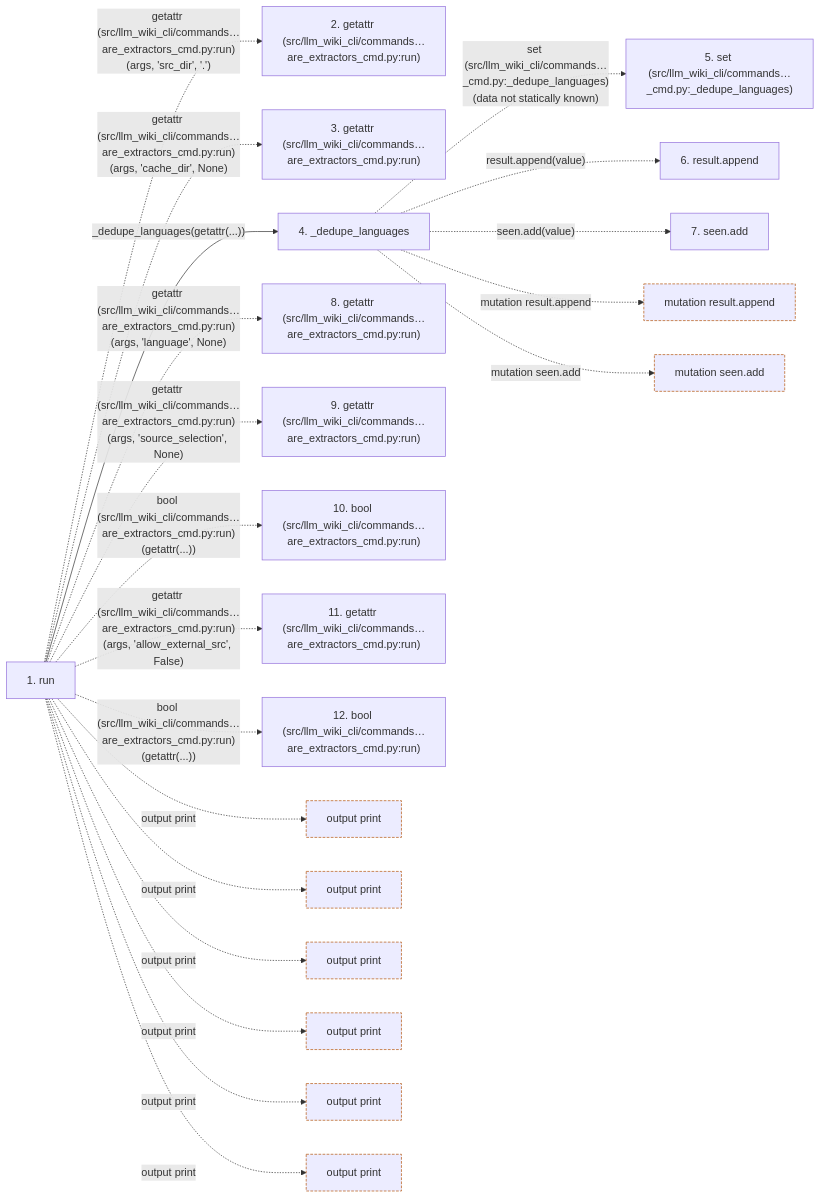
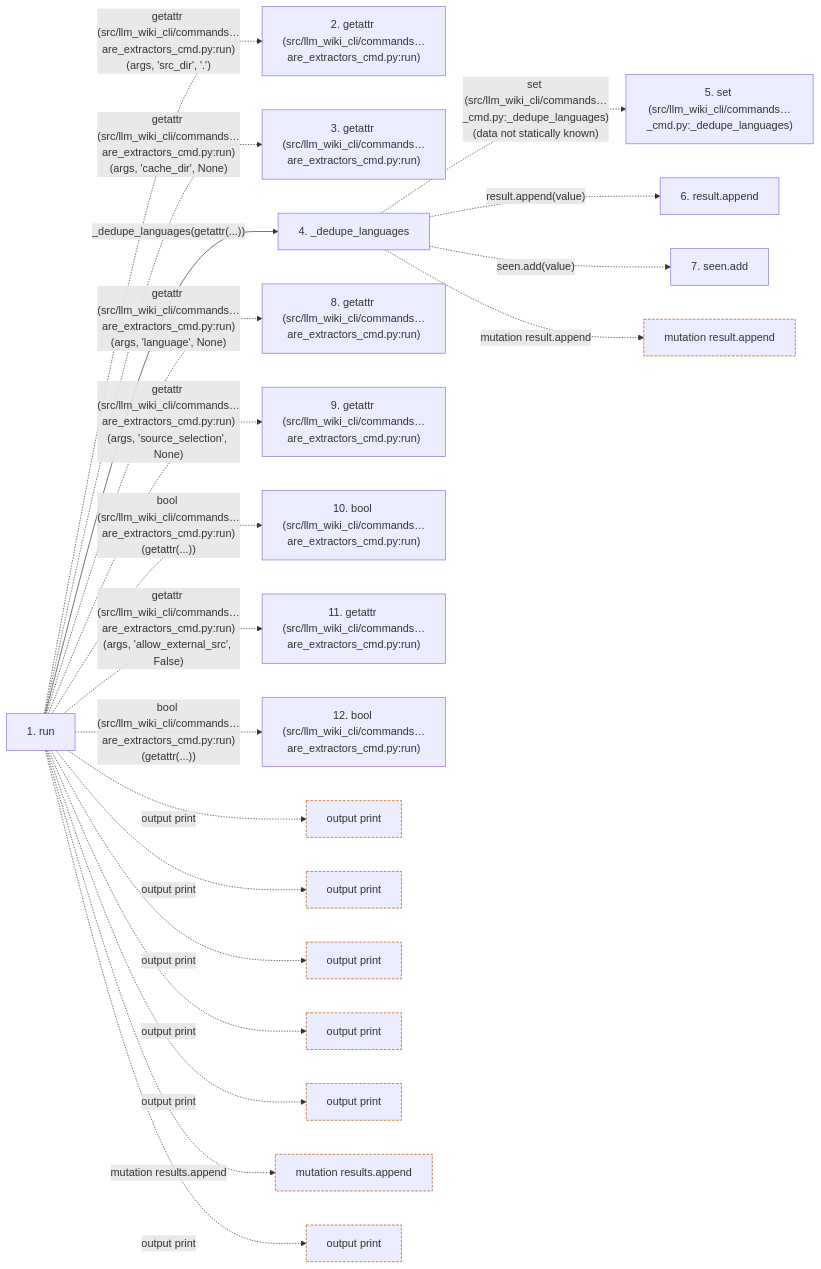
The second of 2 diagrams in docs/llm_wiki/flows/cli-prepare-extractors.md (Denissvgn/python-wiki-llm), drawn with Mermaid before and after one commit. The commit also changed other lines of this file and 509 other files, not shown here.

````diff
--- a/docs/llm_wiki/flows/cli-prepare-extractors.md
+++ b/docs/llm_wiki/flows/cli-prepare-extractors.md
@@ -83,53 +84,53 @@
 ```mermaid
 flowchart LR
     s1["1. run"]
     s2["2. getattr (src/llm_wiki_cli/commands…are_extractors_cmd.py:run)"]
     s3["3. getattr (src/llm_wiki_cli/commands…are_extractors_cmd.py:run)"]
     s4["4. _dedupe_languages"]
     s5["5. set (src/llm_wiki_cli/commands…_cmd.py:_dedupe_languages)"]
     s6["6. result.append"]
     s7["7. seen.add"]
     s8["8. getattr (src/llm_wiki_cli/commands…are_extractors_cmd.py:run)"]
     s9["9. getattr (src/llm_wiki_cli/commands…are_extractors_cmd.py:run)"]
     s10["10. bool (src/llm_wiki_cli/commands…are_extractors_cmd.py:run)"]
     s11["11. getattr (src/llm_wiki_cli/commands…are_extractors_cmd.py:run)"]
     s12["12. bool (src/llm_wiki_cli/commands…are_extractors_cmd.py:run)"]
     s1 -. "getattr (src/llm_wiki_cli/commands…are_extractors_cmd.py:run)(args, 'src_dir', '.')" .-> s2
     s1 -. "getattr (src/llm_wiki_cli/commands…are_extractors_cmd.py:run)(args, 'cache_dir', None)" .-> s3
     s1 -->|"_dedupe_languages(getattr(...))"| s4
     s4 -. "set (src/llm_wiki_cli/commands…_cmd.py:_dedupe_languages)(data not statically known)" .-> s5
     s4 -. "result.append(value)" .-> s6
     s4 -. "seen.add(value)" .-> s7
     s1 -. "getattr (src/llm_wiki_cli/commands…are_extractors_cmd.py:run)(args, 'language', None)" .-> s8
     s1 -. "getattr (src/llm_wiki_cli/commands…are_extractors_cmd.py:run)(args, 'source_selection', None)" .-> s9
     s1 -. "bool (src/llm_wiki_cli/commands…are_extractors_cmd.py:run)(getattr(...))" .-> s10
     s1 -. "getattr (src/llm_wiki_cli/commands…are_extractors_cmd.py:run)(args, 'allow_external_src', False)" .-> s11
     s1 -. "bool (src/llm_wiki_cli/commands…are_extractors_cmd.py:run)(getattr(...))" .-> s12
     b0["output print"]
     s1 -. "output print" .-> b0
     b1["output print"]
     s1 -. "output print" .-> b1
     b2["output print"]
     s1 -. "output print" .-> b2
     b3["output print"]
     s1 -. "output print" .-> b3
     b4["output print"]
     s1 -. "output print" .-> b4
-    b5["output print"]
-    s1 -. "output print" .-> b5
-    b6["mutation result.append"]
-    s4 -. "mutation result.append" .-> b6
-    b7["mutation seen.add"]
-    s4 -. "mutation seen.add" .-> b7
+    b5["mutation results.append"]
+    s1 -. "mutation results.append" .-> b5
+    b6["output print"]
+    s1 -. "output print" .-> b6
+    b7["mutation result.append"]
+    s4 -. "mutation result.append" .-> b7
     click s1 "../modules/prepare_extractors_cmd.md"
     click s4 "../modules/prepare_extractors_cmd.md"
     classDef boundary stroke:#b45309,stroke-dasharray: 4 2
     class b0 boundary
     class b1 boundary
     class b2 boundary
     class b3 boundary
     class b4 boundary
     class b5 boundary
     class b6 boundary
     class b7 boundary
 ```
````
